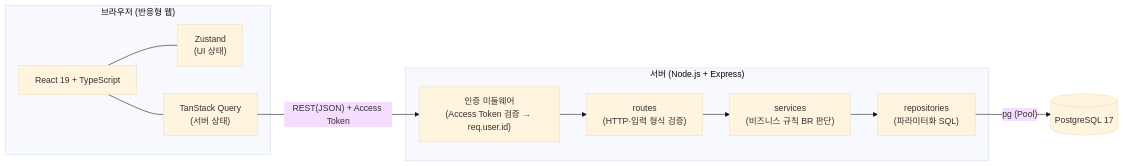
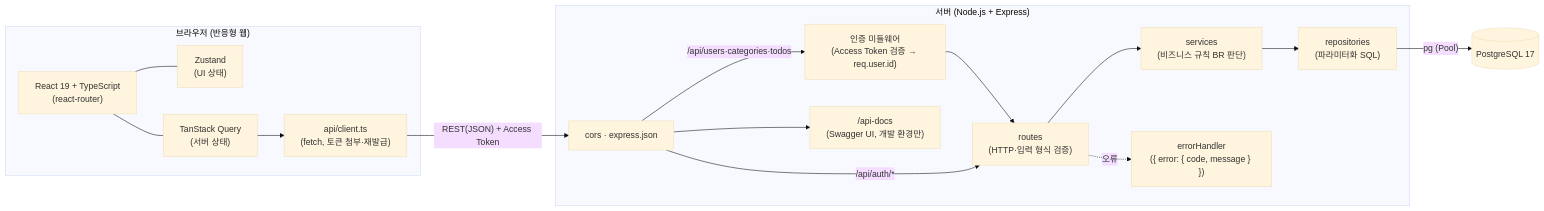
Before and after one commit to jeongsulee/team-caltalk: the first of 3 diagrams in docs/6-arch-diagram.md, drawn with Mermaid (base theme). The commit also changed other lines of this file and 9 other files, not shown here.

````diff
--- a/docs/6-arch-diagram.md
+++ b/docs/6-arch-diagram.md
@@ -9,23 +9,32 @@
 ```mermaid
 flowchart LR
     subgraph Browser["브라우저 (반응형 웹)"]
-        UI["React 19 + TypeScript"]
+        UI["React 19 + TypeScript<br/>(react-router)"]
         ZS["Zustand<br/>(UI 상태)"]
         TQ["TanStack Query<br/>(서버 상태)"]
+        CL["api/client.ts<br/>(fetch, 토큰 첨부·재발급)"]
         UI --- ZS
         UI --- TQ
+        TQ --> CL
     end
 
     subgraph Server["서버 (Node.js + Express)"]
+        MW["cors · express.json"]
         AUTH["인증 미들웨어<br/>(Access Token 검증 → req.user.id)"]
         R["routes<br/>(HTTP·입력 형식 검증)"]
         S["services<br/>(비즈니스 규칙 BR 판단)"]
         REPO["repositories<br/>(파라미터화 SQL)"]
-        AUTH --> R --> S --> REPO
+        EH["errorHandler<br/>({ error: { code, message } })"]
+        DOCS["/api-docs<br/>(Swagger UI, 개발 환경만)"]
+        MW -->|"/api/users·categories·todos"| AUTH --> R
+        MW -->|"/api/auth/*"| R
+        MW --> DOCS
+        R --> S --> REPO
+        R -.->|"오류"| EH
     end
 
     DB[("PostgreSQL 17")]
 
-    TQ -->|"REST(JSON) + Access Token"| AUTH
+    CL -->|"REST(JSON) + Access Token"| MW
     REPO -->|"pg (Pool)"| DB
 ```
````
